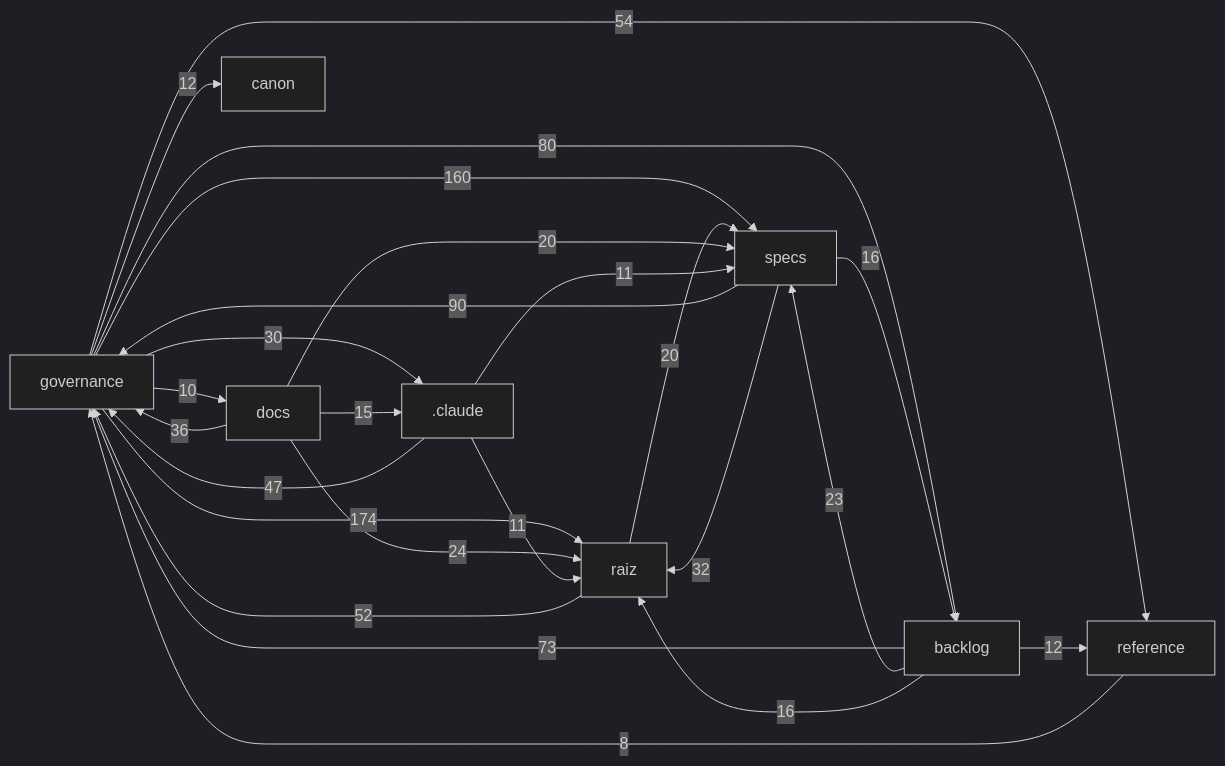
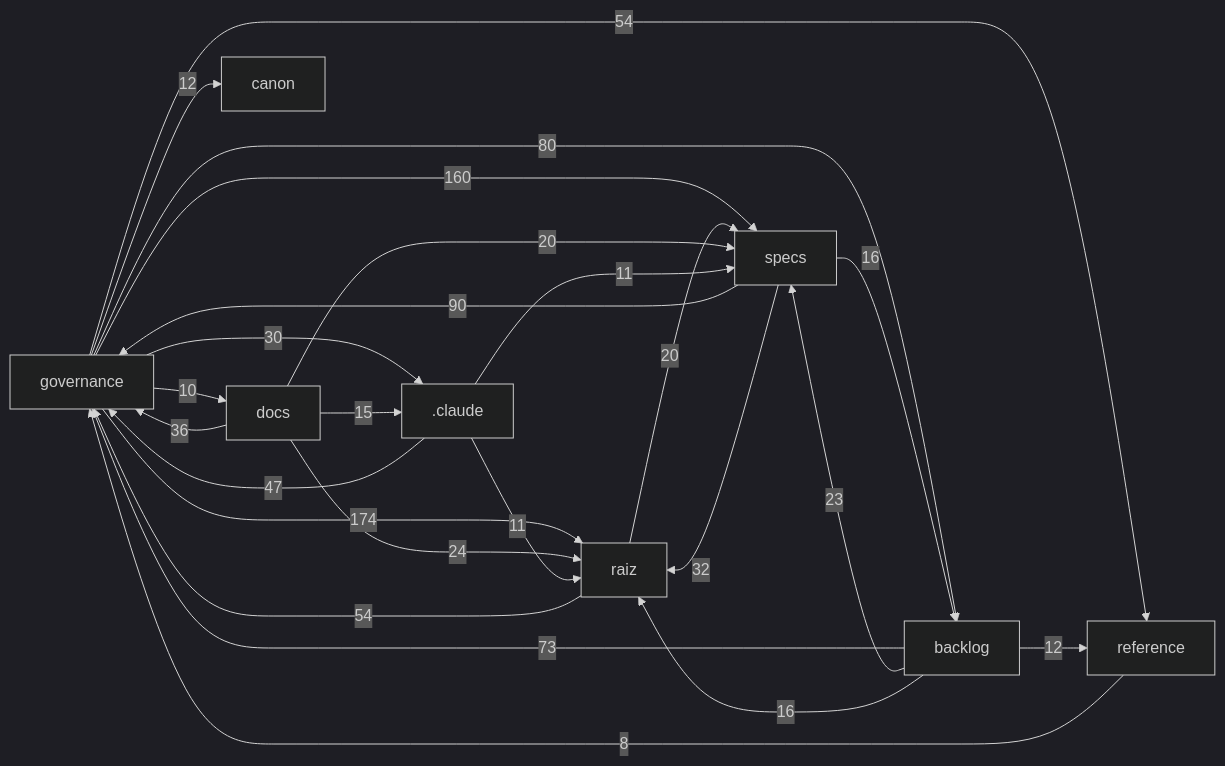
One commit to Andraus35/Sistema-Operacional-de-Trading--SOT changed the diagram in docs/mapa/MAPA-PROJETO.md. Above: the diagram before and after it, drawn with Mermaid (dark theme). The commit also changed other lines of this file and 4 other files, not shown here.

First line of the commit message:
docs(ROADMAP): vincular análises de priorização/adiantamento ao §21/§25

````diff
--- a/docs/mapa/MAPA-PROJETO.md
+++ b/docs/mapa/MAPA-PROJETO.md
@@ -29,27 +29,27 @@
 ```mermaid
 flowchart LR
   governance["governance"] -->|174| raiz["raiz"]
   governance["governance"] -->|160| specs["specs"]
   specs["specs"] -->|90| governance["governance"]
   governance["governance"] -->|80| backlog["backlog"]
   backlog["backlog"] -->|73| governance["governance"]
+  raiz["raiz"] -->|54| governance["governance"]
   governance["governance"] -->|54| reference["reference"]
-  raiz["raiz"] -->|52| governance["governance"]
   _claude[".claude"] -->|47| governance["governance"]
   docs["docs"] -->|36| governance["governance"]
   specs["specs"] -->|32| raiz["raiz"]
   governance["governance"] -->|30| _claude[".claude"]
   docs["docs"] -->|24| raiz["raiz"]
   backlog["backlog"] -->|23| specs["specs"]
   raiz["raiz"] -->|20| specs["specs"]
   docs["docs"] -->|20| specs["specs"]
   backlog["backlog"] -->|16| raiz["raiz"]
   specs["specs"] -->|16| backlog["backlog"]
   docs["docs"] -->|15| _claude[".claude"]
   backlog["backlog"] -->|12| reference["reference"]
   governance["governance"] -->|12| canon["canon"]
   _claude[".claude"] -->|11| raiz["raiz"]
   _claude[".claude"] -->|11| specs["specs"]
   governance["governance"] -->|10| docs["docs"]
   reference["reference"] -->|8| governance["governance"]
 ```
````
